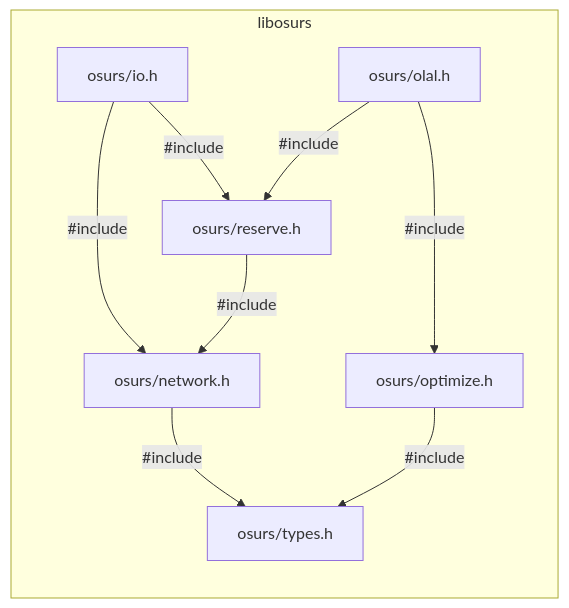
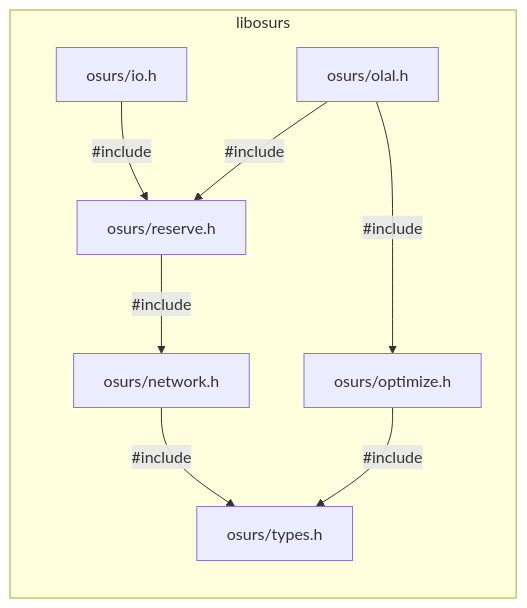
Before and after one commit to maptic/osurs: the first of 6 diagrams in README.md, drawn with Mermaid. The commit also changed other lines of this file and 2 other files, not shown here.

````diff
--- a/README.md
+++ b/README.md
@@ -19,12 +19,11 @@
 ```mermaid
 graph RL;
   subgraph libosurs;
     osurs/network.h-->|#include|osurs/types.h;
-    osurs/io.h-->|#include|osurs/network.h
     osurs/reserve.h-->|#include|osurs/network.h;
     osurs/io.h-->|#include|osurs/reserve.h
     osurs/optimize.h-->|#include|osurs/types.h;
     osurs/olal.h-->|#include|osurs/reserve.h;
     osurs/olal.h-->|#include|osurs/optimize.h;
   end;
 ```
````
